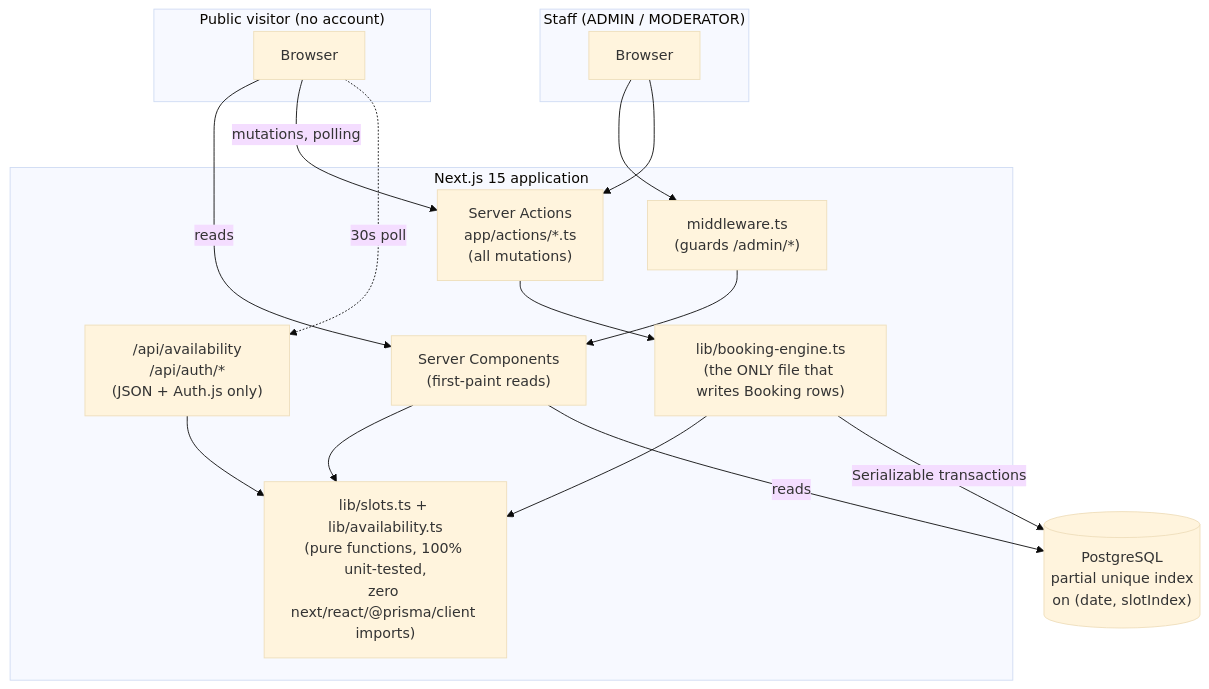
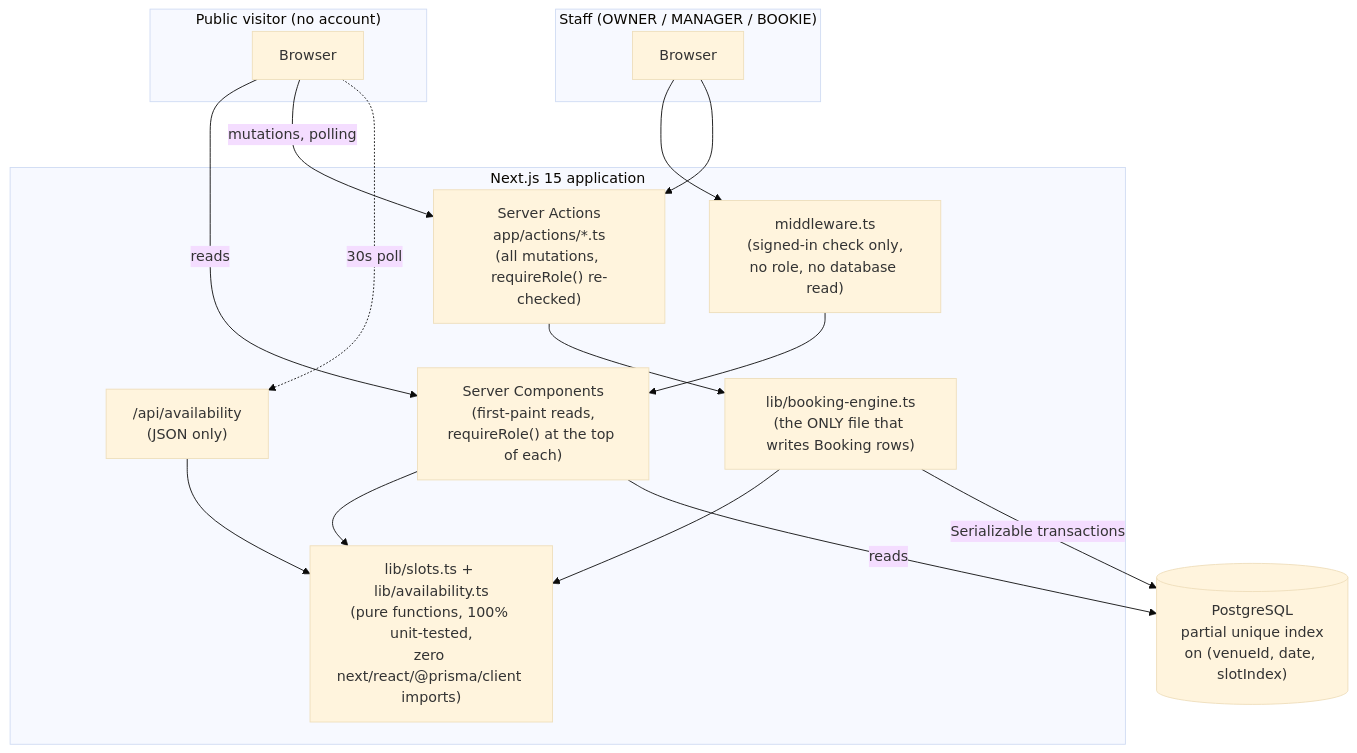
One commit to connectfazla/turfly changed the first of 4 diagrams in README.md. Above: the diagram before and after it, drawn with Mermaid (base theme). The commit also changed other lines of this file and 12 other files, not shown here.

````diff
--- a/README.md
+++ b/README.md
@@ -67,33 +67,33 @@
 ```mermaid
 flowchart TB
     subgraph Visitors["Public visitor (no account)"]
         V[Browser]
     end
-    subgraph Staff["Staff (ADMIN / MODERATOR)"]
+    subgraph Staff["Staff (OWNER / MANAGER / BOOKIE)"]
         S[Browser]
     end
 
     subgraph App["Next.js 15 application"]
-        MW["middleware.ts\n(guards /admin/*)"]
-        RSC["Server Components\n(first-paint reads)"]
-        SA["Server Actions\napp/actions/*.ts\n(all mutations)"]
-        API["/api/availability\n/api/auth/*\n(JSON + Auth.js only)"]
+        MW["middleware.ts\n(signed-in check only,\nno role, no database read)"]
+        RSC["Server Components\n(first-paint reads,\nrequireRole() at the top of each)"]
+        SA["Server Actions\napp/actions/*.ts\n(all mutations, requireRole() re-checked)"]
+        API["/api/availability\n(JSON only)"]
         ENGINE["lib/booking-engine.ts\n(the ONLY file that writes Booking rows)"]
         PURE["lib/slots.ts + lib/availability.ts\n(pure functions, 100% unit-tested,\nzero next/react/@prisma/client imports)"]
     end
 
-    DB[("PostgreSQL\npartial unique index\non (date, slotIndex)")]
+    DB[("PostgreSQL\npartial unique index\non (venueId, date, slotIndex)")]
 
     V -->|reads| RSC
     V -->|mutations, polling| SA
     V -.->|30s poll| API
     S --> MW --> RSC
     S --> SA
 
     RSC --> PURE
     SA --> ENGINE
     ENGINE --> PURE
     API --> PURE
     ENGINE -->|Serializable transactions| DB
     RSC -->|reads| DB
 ```
````
